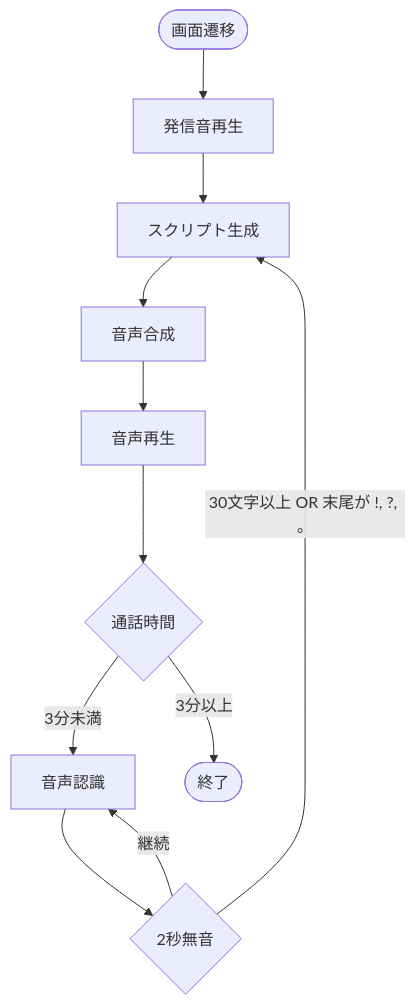
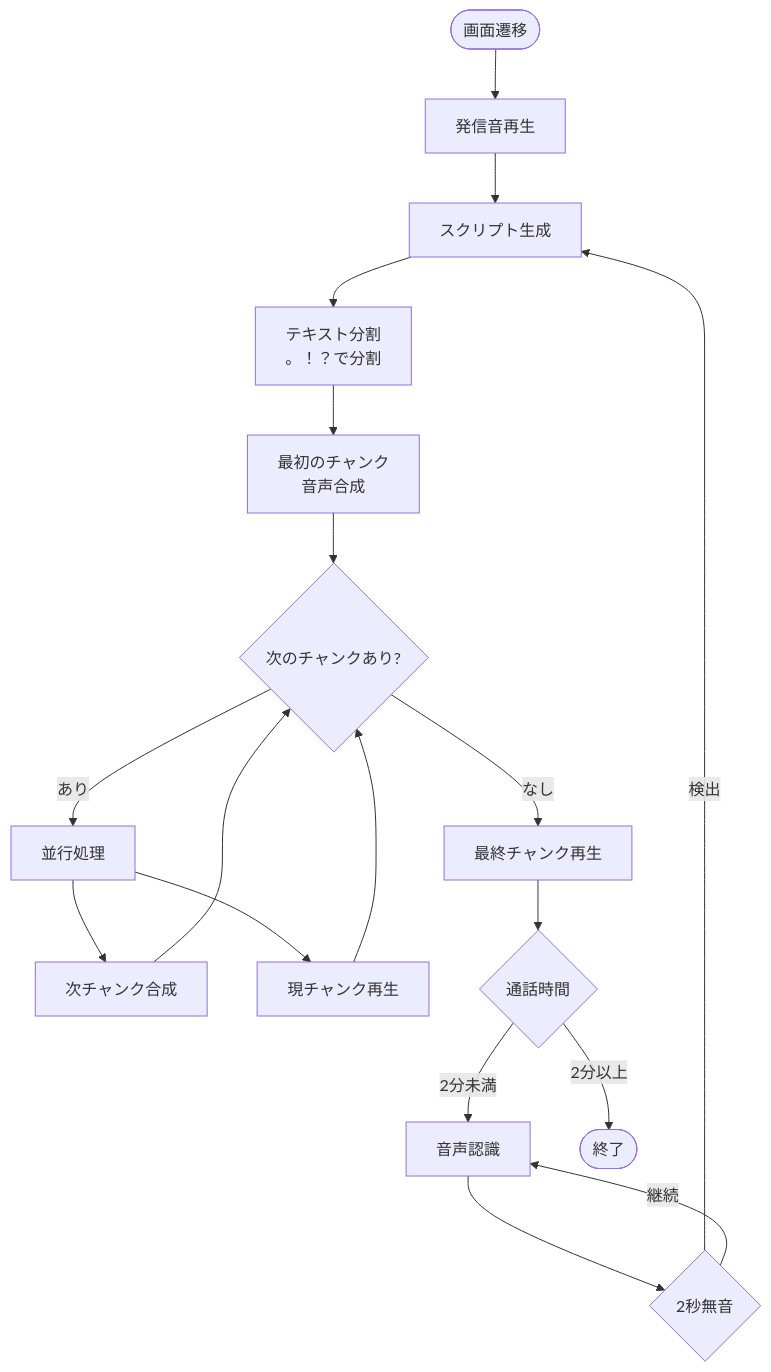
The first of 2 diagrams in README.md (takoikatakotako/ZunTalk), drawn with Mermaid before and after one commit.

Commit message:
docs: フローチャートを更新してチャンク処理の流れを反映
音声合成のストリーミング処理に合わせてフローチャートを更新。
- テキスト分割ステップを追加
- チャンクごとの並行処理（合成と再生）を表現
- 通話時間上限を3分から2分に修正

````diff
--- a/README.md
+++ b/README.md
@@ -28,13 +28,20 @@
 ```mermaid
 flowchart TD
     Start([画面遷移]) --> PlayRingbackTone[発信音再生]
     PlayRingbackTone --> ScriptGeneration[スクリプト生成]
-    ScriptGeneration --> TextToSpeech[音声合成]
-    TextToSpeech --> PlayVoice[音声再生]
-    PlayVoice --> CallDuration{通話時間}
-    CallDuration -->|3分未満| SpeechRecognition[音声認識]
-    CallDuration -->|3分以上| End([終了])
+    ScriptGeneration --> SplitText[テキスト分割<br/>。！？で分割]
+    SplitText --> SynthesizeFirstChunk[最初のチャンク<br/>音声合成]
+    SynthesizeFirstChunk --> ChunkLoop{次のチャンクあり?}
+    ChunkLoop -->|あり| ParallelProcess[並行処理]
+    ParallelProcess --> SynthesizeNext[次チャンク合成]
+    ParallelProcess --> PlayCurrent[現チャンク再生]
+    SynthesizeNext --> ChunkLoop
+    PlayCurrent --> ChunkLoop
+    ChunkLoop -->|なし| LastChunkPlay[最終チャンク再生]
+    LastChunkPlay --> CallDuration{通話時間}
+    CallDuration -->|2分未満| SpeechRecognition[音声認識]
+    CallDuration -->|2分以上| End([終了])
     SpeechRecognition --> SilenceTimeout{2秒無音}
-    SilenceTimeout -->|30文字以上 OR 末尾が !, ?, 。| ScriptGeneration
+    SilenceTimeout -->|検出| ScriptGeneration
     SilenceTimeout -->|継続| SpeechRecognition
 ```
````
